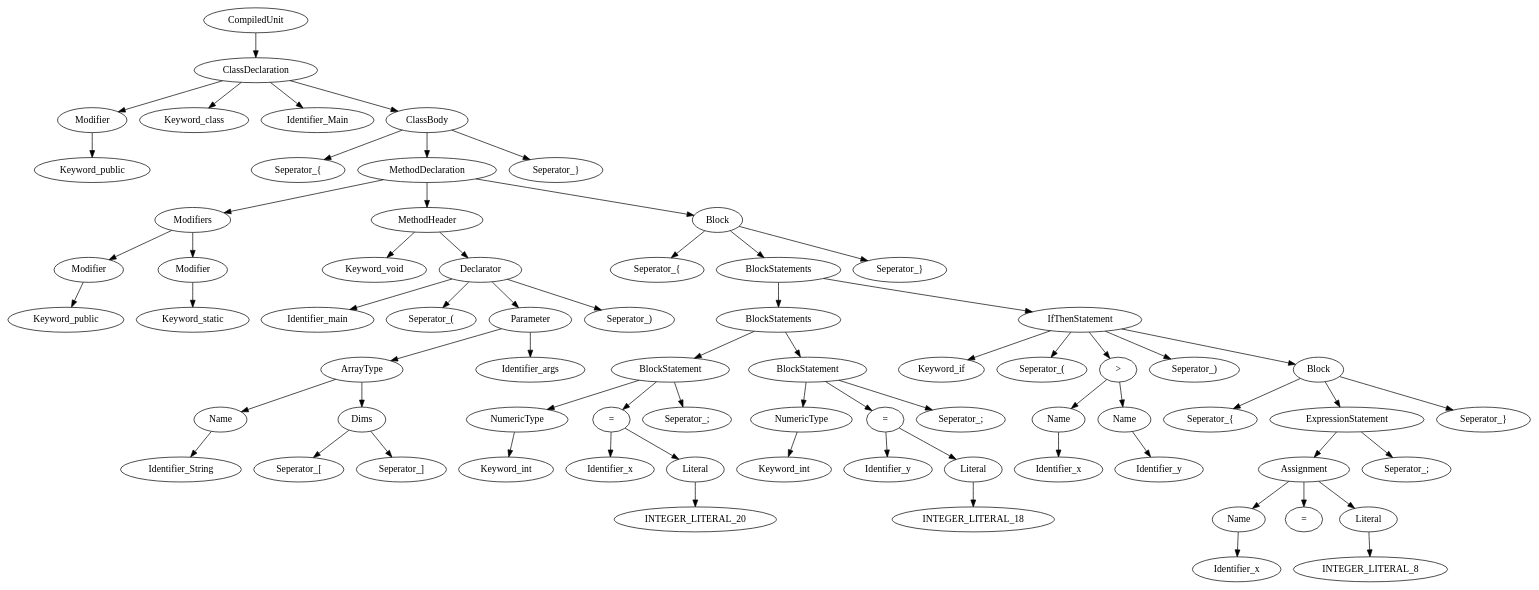
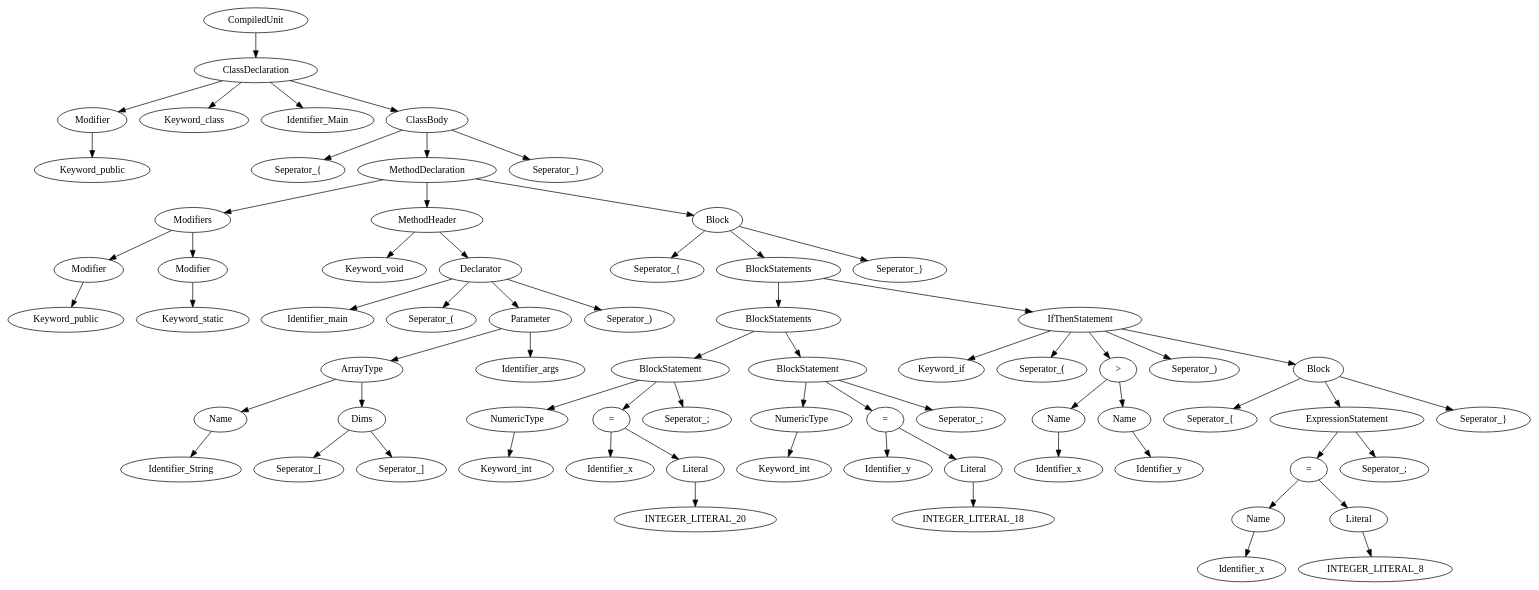
Before and after one commit to Samadeol/CS335-Project: the diagram in v2.0/dot_outputs/test_14_working.dot, drawn with Graphviz. The commit also changed 34 other files, not shown here.

```diff
--- a/v2.0/dot_outputs/test_14_working.dot
+++ b/v2.0/dot_outputs/test_14_working.dot
@@ -1,142 +1,140 @@
 digraph G{
 node[ordering=out]
 n1a[label="Keyword_public"]
 n1[label="Modifier"]
 n1->n1a
 n2a[label="Keyword_public"]
 n2[label="Modifier"]
 n2->n2a
 n3a[label="Keyword_static"]
 n3[label="Modifier"]
 n3->n3a
 n4[label="Modifiers"]
 n4->n2
 n4->n3
 n5a[label="Identifier_String"]
 n5[label="Name"]
 n5->n5a
 n6a[label="Seperator_["]
 n6b[label="Seperator_]"]
 n6[label="Dims"]
 n6->n6a
 n6->n6b
 n7[label="ArrayType"]
 n7->n5
 n7->n6
 n8b[label="Identifier_args"]
 n8[label="Parameter"]
 n8->n7
 n8->n8b
 n9a[label="Identifier_main"]
 n9b[label="Seperator_("]
 n9d[label="Seperator_)"]
 n9[label="Declarator"]
 n9->n9a
 n9->n9b
 n9->n8
 n9->n9d
 n10a[label="Keyword_void"]
 n10[label="MethodHeader"]
 n10->n10a
 n10->n9
 n11a[label="Keyword_int"]
 n11[label="NumericType"]
 n11->n11a
 n12a[label="INTEGER_LITERAL_20"]
 n12[label="Literal"]
 n12->n12a
 n13a[label="Identifier_x"]
 n13[label="="]
 n13->n13a
 n13->n12
 n14c[label="Seperator_;"]
 n14[label="BlockStatement"]
 n14->n11
 n14->n13
 n14->n14c
 n15a[label="Keyword_int"]
 n15[label="NumericType"]
 n15->n15a
 n16a[label="INTEGER_LITERAL_18"]
 n16[label="Literal"]
 n16->n16a
 n17a[label="Identifier_y"]
 n17[label="="]
 n17->n17a
 n17->n16
 n18c[label="Seperator_;"]
 n18[label="BlockStatement"]
 n18->n15
 n18->n17
 n18->n18c
 n19[label="BlockStatements"]
 n19->n14
 n19->n18
 n20a[label="Identifier_x"]
 n20[label="Name"]
 n20->n20a
 n21a[label="Identifier_y"]
 n21[label="Name"]
 n21->n21a
 n22[label=">"]
 n22->n20
 n22->n21
 n23a[label="Identifier_x"]
 n23[label="Name"]
 n23->n23a
-n24[label="="]
-n25a[label="INTEGER_LITERAL_8"]
-n25[label="Literal"]
-n25->n25a
-n26[label="Assignment"]
-n26->n23
-n26->n24
+n24a[label="INTEGER_LITERAL_8"]
+n24[label="Literal"]
+n24->n24a
+n25[label="="]
+n25->n23
+n25->n24
+n26b[label="Seperator_;"]
+n26[label="ExpressionStatement"]
 n26->n25
-n27b[label="Seperator_;"]
-n27[label="ExpressionStatement"]
+n26->n26b
+n27a[label="Seperator_{"]
+n27c[label="Seperator_}"]
+n27[label="Block"]
+n27->n27a
 n27->n26
-n27->n27b
-n28a[label="Seperator_{"]
-n28c[label="Seperator_}"]
-n28[label="Block"]
+n27->n27c
+n28a[label="Keyword_if"]
+n28b[label="Seperator_("]
+n28d[label="Seperator_)"]
+n28[label="IfThenStatement"]
 n28->n28a
+n28->n28b
+n28->n22
+n28->n28d
 n28->n27
-n28->n28c
-n29a[label="Keyword_if"]
-n29b[label="Seperator_("]
-n29d[label="Seperator_)"]
-n29[label="IfThenStatement"]
-n29->n29a
-n29->n29b
-n29->n22
-n29->n29d
+n29[label="BlockStatements"]
+n29->n19
 n29->n28
-n30[label="BlockStatements"]
-n30->n19
+n30a[label="Seperator_{"]
+n30c[label="Seperator_}"]
+n30[label="Block"]
+n30->n30a
 n30->n29
-n31a[label="Seperator_{"]
-n31c[label="Seperator_}"]
-n31[label="Block"]
-n31->n31a
+n30->n30c
+n31[label="MethodDeclaration"]
+n31->n4
+n31->n10
 n31->n30
-n31->n31c
-n32[label="MethodDeclaration"]
-n32->n4
-n32->n10
+n32a[label="Seperator_{"]
+n32c[label="Seperator_}"]
+n32[label="ClassBody"]
+n32->n32a
 n32->n31
-n33a[label="Seperator_{"]
-n33c[label="Seperator_}"]
-n33[label="ClassBody"]
-n33->n33a
+n32->n32c
+n33b[label="Keyword_class"]
+n33c[label="Identifier_Main"]
+n33[label="ClassDeclaration"]
+n33->n1
+n33->n33b
+n33->n33c
 n33->n32
-n33->n33c
-n34b[label="Keyword_class"]
-n34c[label="Identifier_Main"]
-n34[label="ClassDeclaration"]
-n34->n1
-n34->n34b
-n34->n34c
+n34[label="CompiledUnit"]
 n34->n33
-n35[label="CompiledUnit"]
-n35->n34
 }
```
